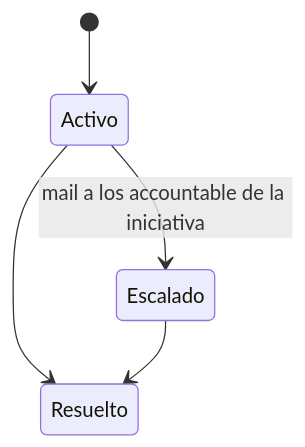
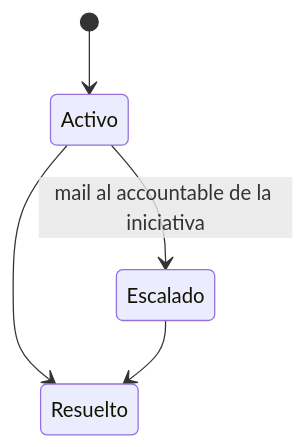
One commit to MilagrosPessinoCirco/Objetivos-VP changed the third of 4 diagrams in docs/especificacion-funcional.md. Above: the diagram before and after it, drawn with Mermaid. The commit also changed other lines of this file, not shown here.

````diff
--- a/docs/especificacion-funcional.md
+++ b/docs/especificacion-funcional.md
@@ -450,7 +458,7 @@
 ```mermaid
 stateDiagram-v2
   [*] --> Activo
-  Activo --> Escalado: mail a los accountable de la iniciativa
+  Activo --> Escalado: mail al accountable de la iniciativa
   Activo --> Resuelto
   Escalado --> Resuelto
 ```
````
